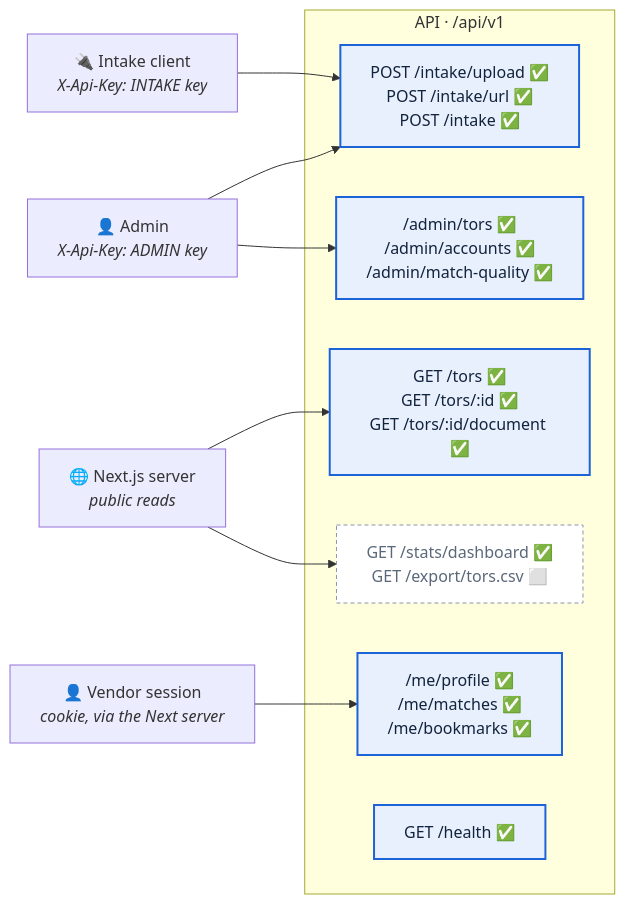
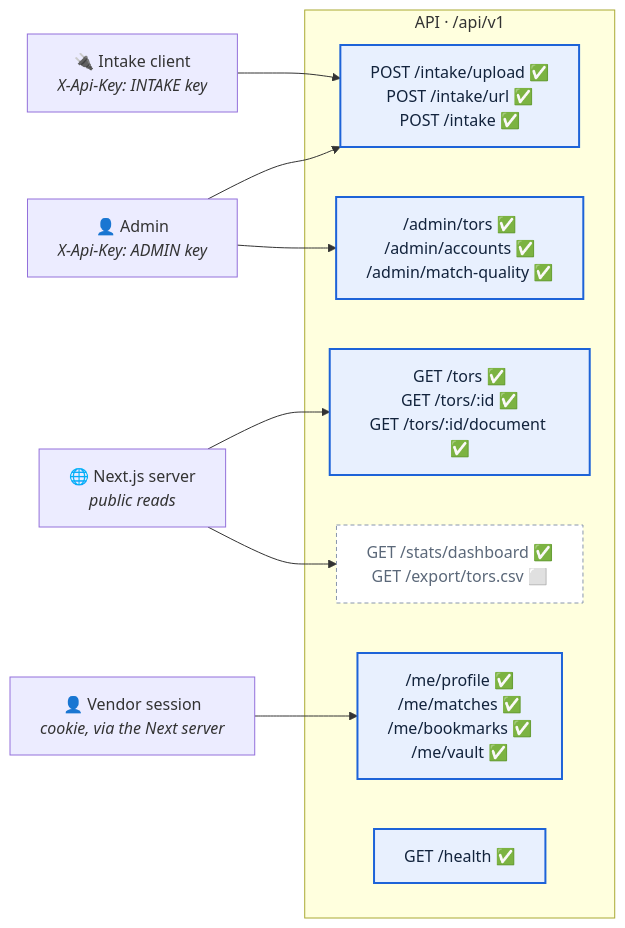
The first of 2 diagrams in docs/API.md (TORMomentum/Momentum), drawn with Mermaid before and after one commit. The commit also changed other lines of this file and 7 other files, not shown here.

First line of the commit message:
docs(vault): API, architecture, spec revision, tests, TODO, env and bucket setup (TOR-269)

````diff
--- a/docs/API.md
+++ b/docs/API.md
@@ -19,28 +19,28 @@
 ```mermaid
 flowchart LR
     admin["👤 Admin<br/><i>X-Api-Key: ADMIN key</i>"]
     partner["🔌 Intake client<br/><i>X-Api-Key: INTAKE key</i>"]
     web["🌐 Next.js server<br/><i>public reads</i>"]
     vendor["👤 Vendor session<br/><i>cookie, via the Next server</i>"]
 
     subgraph api["API · /api/v1"]
         intake["POST /intake/upload ✅<br/>POST /intake/url ✅<br/>POST /intake ✅"]
         read["GET /tors ✅<br/>GET /tors/:id ✅<br/>GET /tors/:id/document ✅"]
         stats["GET /stats/dashboard ✅<br/>GET /export/tors.csv ⬜"]
-        me["/me/profile ✅<br/>/me/matches ✅<br/>/me/bookmarks ✅"]
+        me["/me/profile ✅<br/>/me/matches ✅<br/>/me/bookmarks ✅<br/>/me/vault ✅"]
         adminq["/admin/tors ✅<br/>/admin/accounts ✅<br/>/admin/match-quality ✅"]
         health["GET /health ✅"]
     end
 
     admin --> intake
     admin --> adminq
     partner --> intake
     web --> read
     web --> stats
     vendor --> me
 
     classDef built fill:#e8f0fe,stroke:#1d63d8,color:#12233c,stroke-width:2px
     classDef planned fill:#fff,stroke:#8896ad,color:#5b6879,stroke-dasharray:4 3
     class intake,health,read,me,adminq built
     class stats planned
 ```
````
